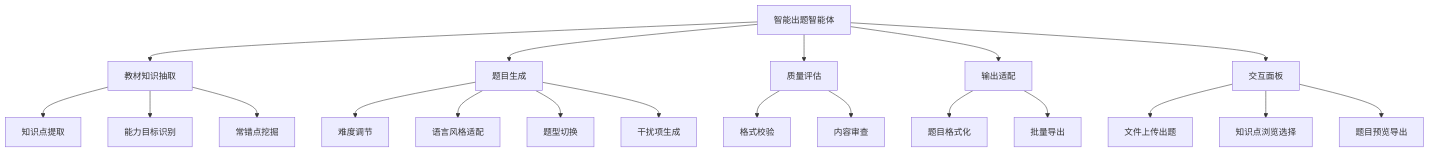
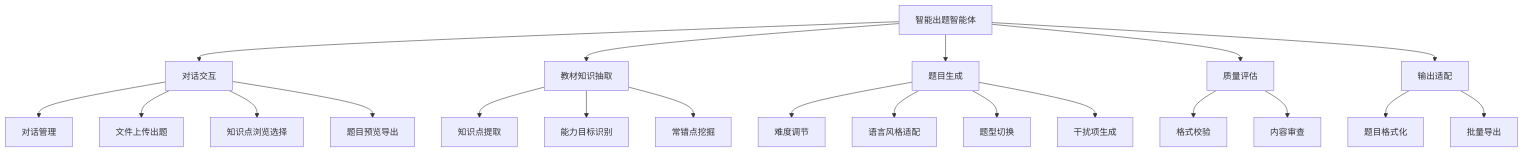
Before and after one commit to im-zhong/question-agent: the second of 2 diagrams in docs/superpowers/specs/2026-04-29-ai-question-agent.md, drawn with Mermaid. The commit also changed other lines of this file and 13 other files, not shown here.

First line of the commit message:
feat(对话交互): add ChatGPT-style chat layout with collapsible sidebar

````diff
--- a/docs/superpowers/specs/2026-04-29-ai-question-agent.md
+++ b/docs/superpowers/specs/2026-04-29-ai-question-agent.md
@@ -98,23 +108,24 @@
 ```mermaid
 graph TB
     Root[智能出题智能体]
+    Root --> Chat[对话交互]
     Root --> KE[教材知识抽取]
     Root --> QG[题目生成]
     Root --> QC[质量评估]
     Root --> OF[输出适配]
-    Root --> UI[交互面板]
+    Chat --> CM[对话管理]
+    Chat --> FU[文件上传出题]
+    Chat --> KP[知识点浏览选择]
+    Chat --> QP[题目预览导出]
     KE --> EP[知识点提取]
     KE --> BI[能力目标识别]
     KE --> CE[常错点挖掘]
     QG --> CD[难度调节]
     QG --> LS[语言风格适配]
     QG --> QT[题型切换]
     QG --> DL[干扰项生成]
     QC --> VR[格式校验]
     QC --> CO[内容审查]
     OF --> RF[题目格式化]
     OF --> EX[批量导出]
-    UI --> FU[文件上传出题]
-    UI --> KP[知识点浏览选择]
-    UI --> QP[题目预览导出]
 ```
````
